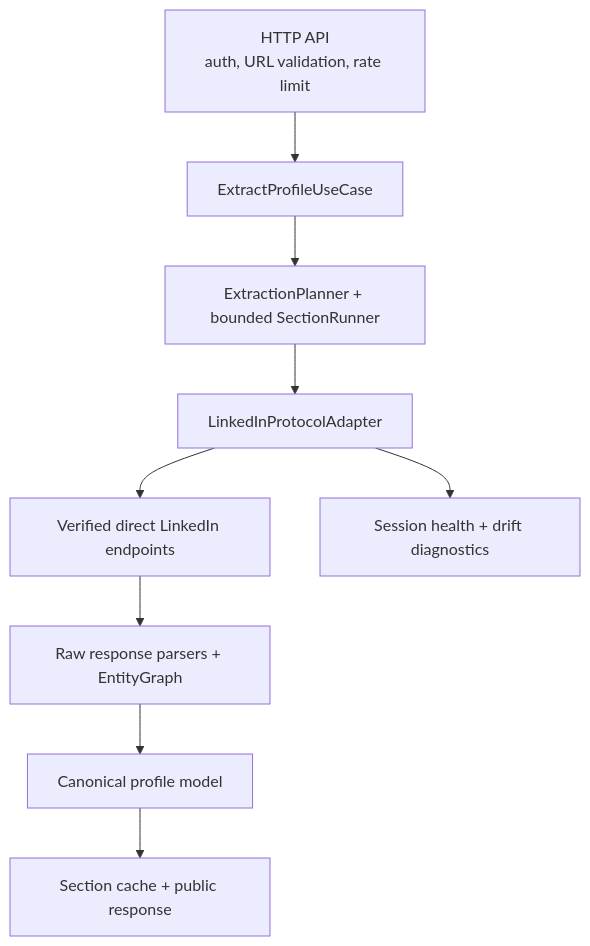
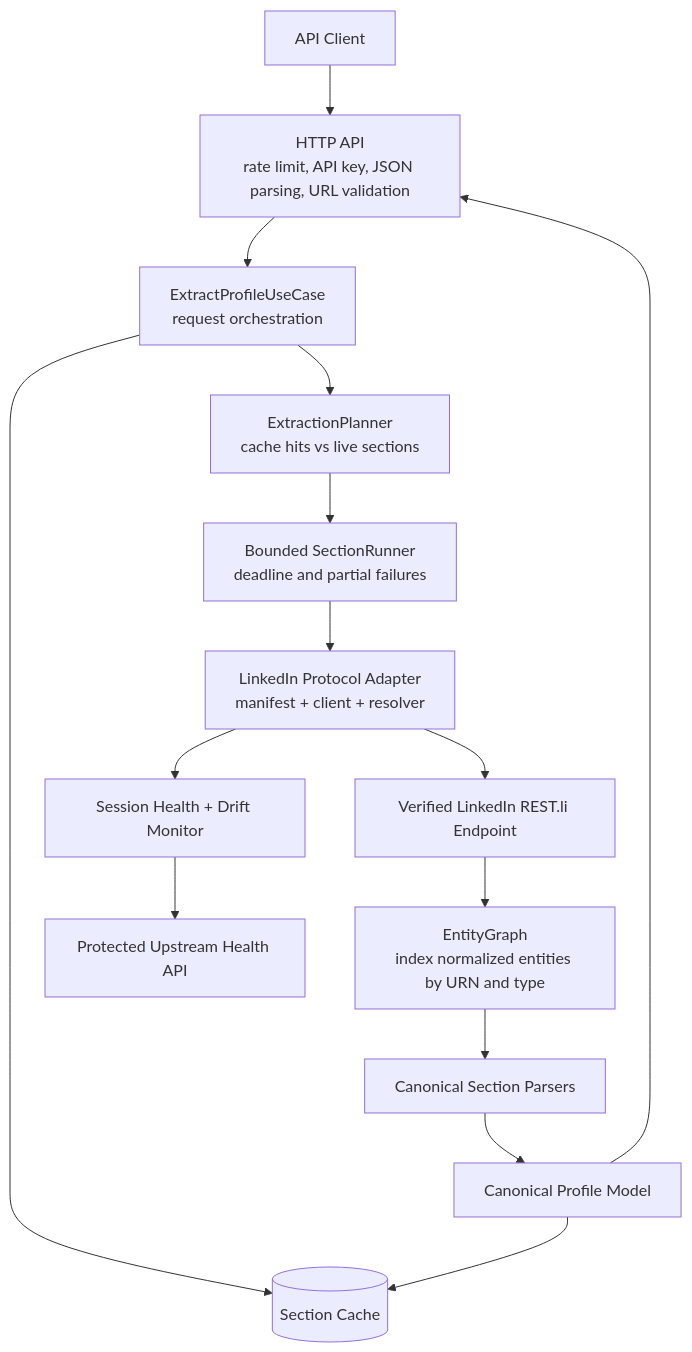
One commit to adityaapraveen/LinkedinProfileScraper-Tross changed the diagram in README.md. Above: the diagram before and after it, drawn with Mermaid. The commit also changed other lines of this file and 19 other files, not shown here.

Commit message:
feat: implement browserless LinkedIn profile extraction

````diff
--- a/README.md
+++ b/README.md
@@ -9,11 +106,17 @@
 ```mermaid
 flowchart TD
-  API[HTTP API<br/>auth, URL validation, rate limit] --> UC[ExtractProfileUseCase]
-  UC --> PLAN[ExtractionPlanner + bounded SectionRunner]
-  PLAN --> ADAPTER[LinkedInProtocolAdapter]
-  ADAPTER --> LI[Verified direct LinkedIn endpoints]
-  LI --> PARSERS[Raw response parsers + EntityGraph]
-  PARSERS --> MODEL[Canonical profile model]
-  MODEL --> CACHE[Section cache + public response]
-  ADAPTER --> DIAG[Session health + drift diagnostics]
+  CLIENT[API Client] --> API[HTTP API<br/>rate limit, API key, JSON parsing, URL validation]
+  API --> UC[ExtractProfileUseCase<br/>request orchestration]
+  UC --> PLAN[ExtractionPlanner<br/>cache hits vs live sections]
+  PLAN --> RUNNER[Bounded SectionRunner<br/>deadline and partial failures]
+  UC --> CACHE[(Section Cache)]
+  RUNNER --> ADAPTER[LinkedIn Protocol Adapter<br/>manifest + client + resolver]
+  ADAPTER --> LI[Verified LinkedIn REST.li Endpoint]
+  LI --> GRAPH[EntityGraph<br/>index normalized entities by URN and type]
+  GRAPH --> PARSERS[Canonical Section Parsers]
+  PARSERS --> MODEL[Canonical Profile Model]
+  MODEL --> CACHE
+  MODEL --> API
+  ADAPTER --> HEALTH[Session Health + Drift Monitor]
+  HEALTH --> STATUS[Protected Upstream Health API]
 ```
````
